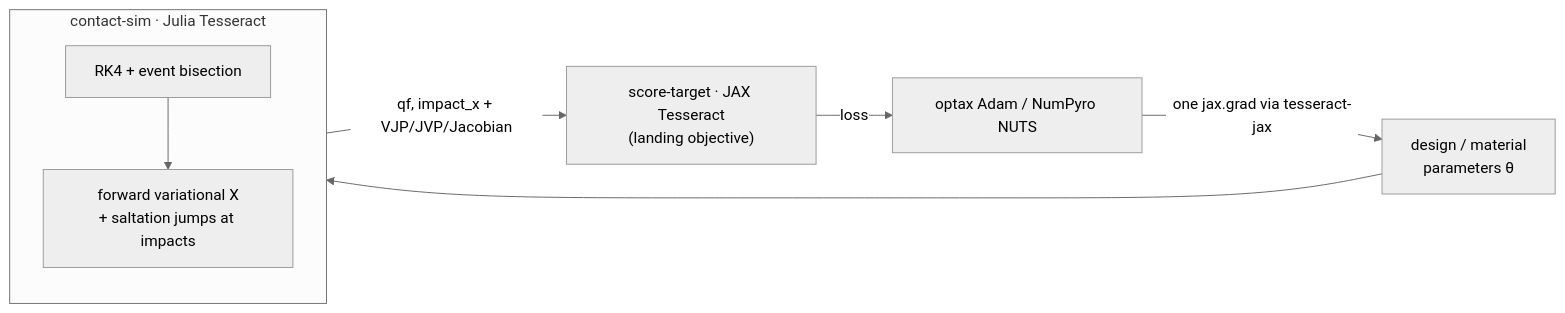
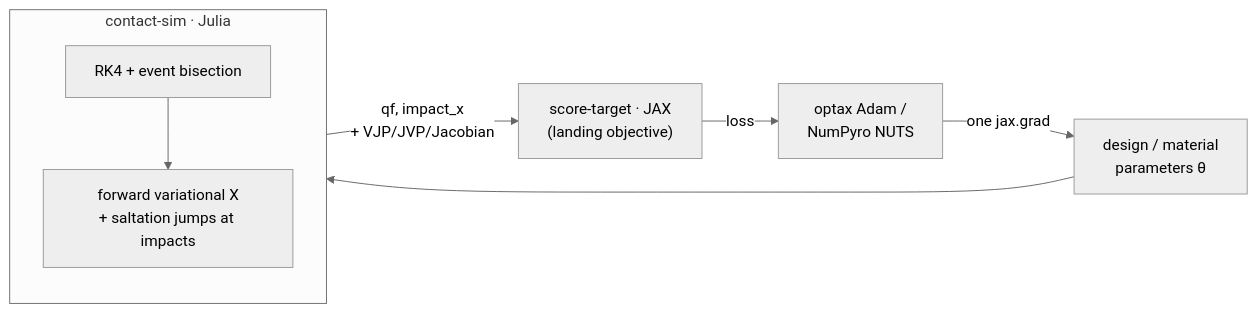
The diagram in README.md (singhharsh1708/impact-adjoint), drawn with Mermaid (neutral theme) before and after one commit. The commit also changed 3 other files, not shown here.

First line of the commit message:
stop the architecture diagram clipping its own subgraph title

````diff
--- a/README.md
+++ b/README.md
@@ -43,11 +43,11 @@
 ```mermaid
 flowchart LR
     P["design / material<br/>parameters θ"] --> A
-    subgraph A["contact-sim · Julia Tesseract"]
+    subgraph A["contact-sim · Julia"]
         direction TB
         S["RK4 + event bisection"] --> V["forward variational X<br/>+ saltation jumps at impacts"]
     end
-    A -- "qf, impact_x + VJP/JVP/Jacobian" --> B["score-target · JAX Tesseract<br/>(landing objective)"]
-    B -- "loss" --> O["optax Adam / NumPyro NUTS"]
-    O -- "one jax.grad via tesseract-jax" --> P
+    A -- "qf, impact_x<br/>+ VJP/JVP/Jacobian" --> B["score-target · JAX<br/>(landing objective)"]
+    B -- "loss" --> O["optax Adam /<br/>NumPyro NUTS"]
+    O -- "one jax.grad" --> P
 ```
````
